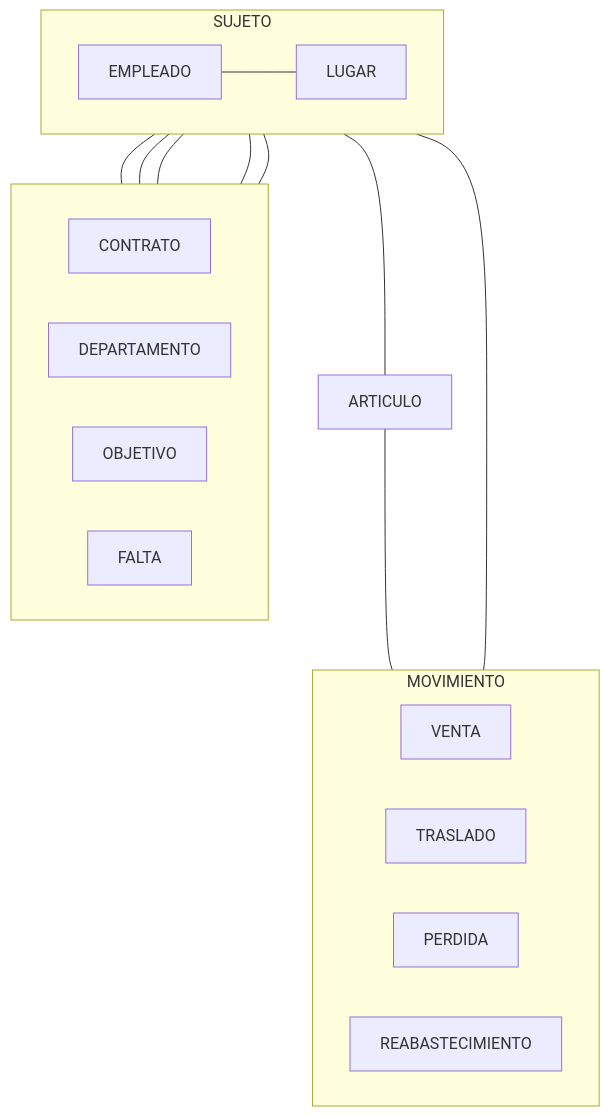
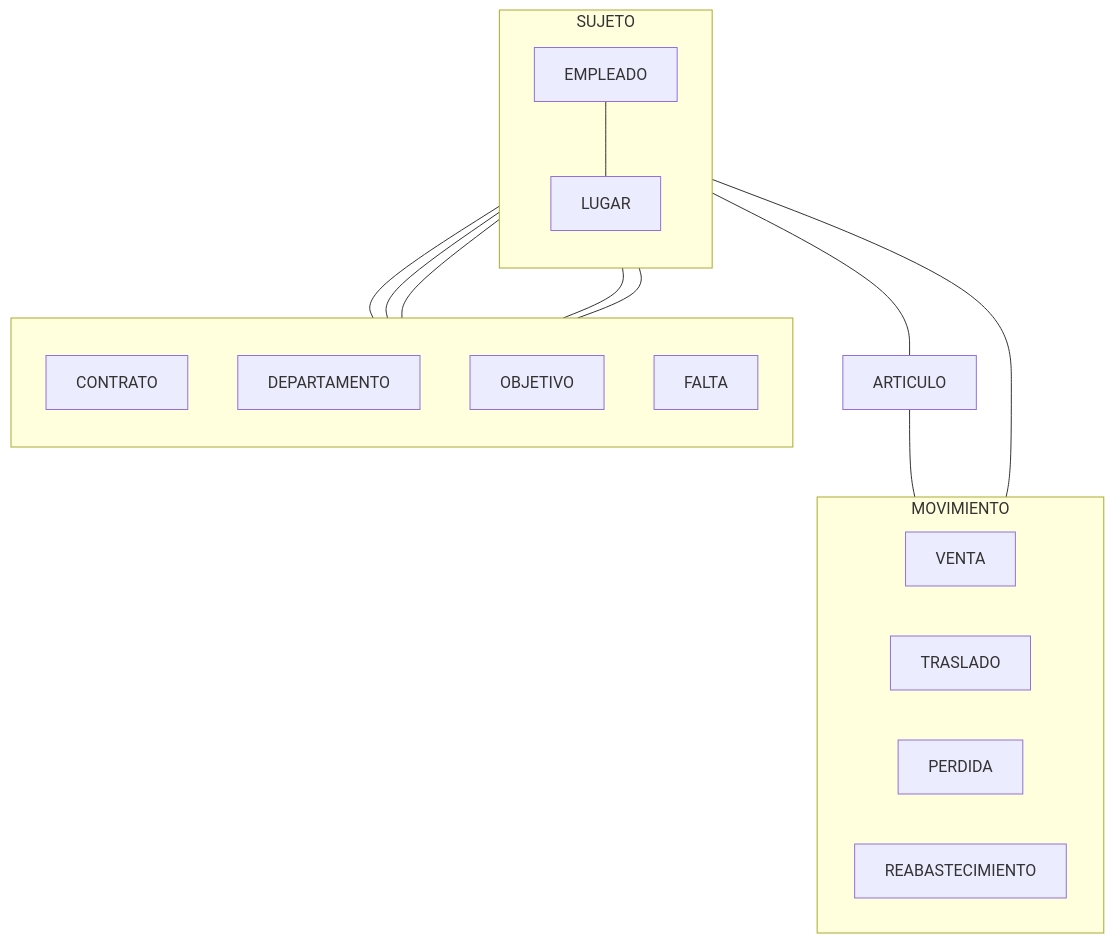
Before and after one commit to Rarity03/docs: the second of 5 diagrams in README.md, drawn with Mermaid. The commit also changed other lines of this file and 1 other file, not shown here.

````diff
--- a/README.md
+++ b/README.md
@@ -87,34 +85,33 @@
 ```mermaid
 flowchart TB
     subgraph id[ ]
-        direction RL
+        direction TB
         CONTRATO
         DEPARTAMENTO
         OBJETIVO
         FALTA
     end
     
     subgraph MOVIMIENTO
         VENTA
         TRASLADO
         PERDIDA
         REABASTECIMIENTO
     end
     subgraph SUJETO
-        direction LR
+        direction TB
         EMPLEADO
         LUGAR
     end
     
     LUGAR---ARTICULO;    
     SUJETO---MOVIMIENTO;
     ARTICULO---MOVIMIENTO;
     
     EMPLEADO---CONTRATO
     EMPLEADO---DEPARTAMENTO
     EMPLEADO---OBJETIVO
     EMPLEADO---FALTA
     EMPLEADO---LUGAR
     DEPARTAMENTO---LUGAR
-
 ```
````
